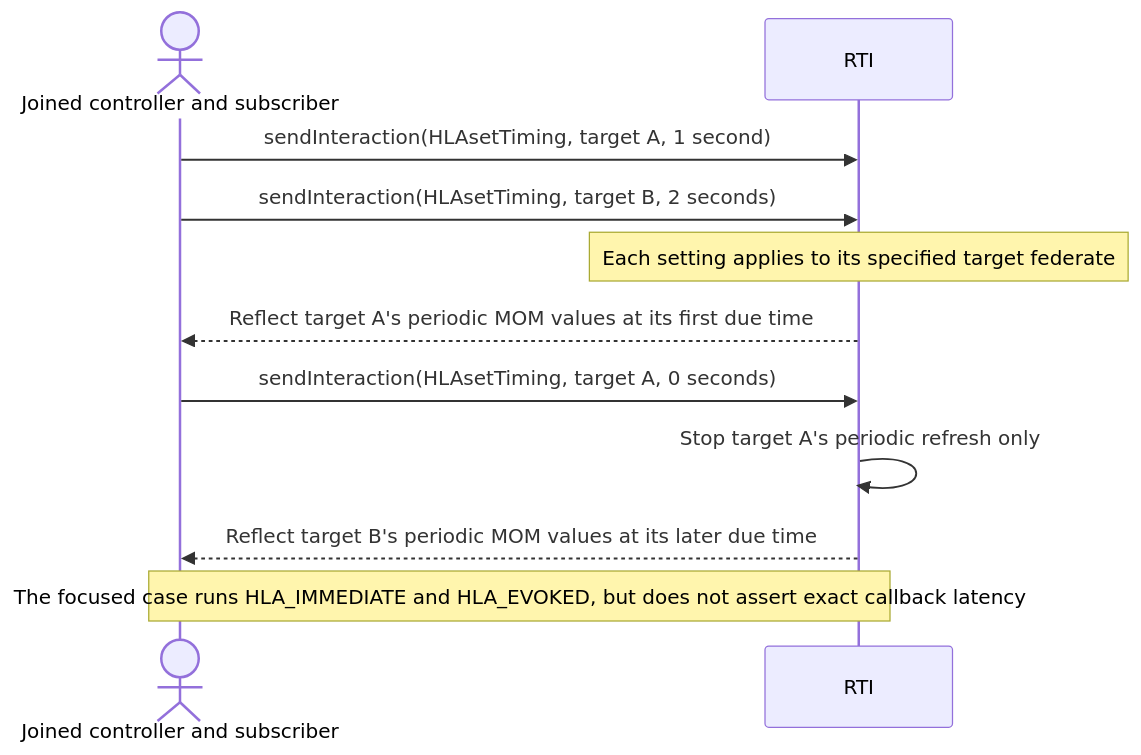
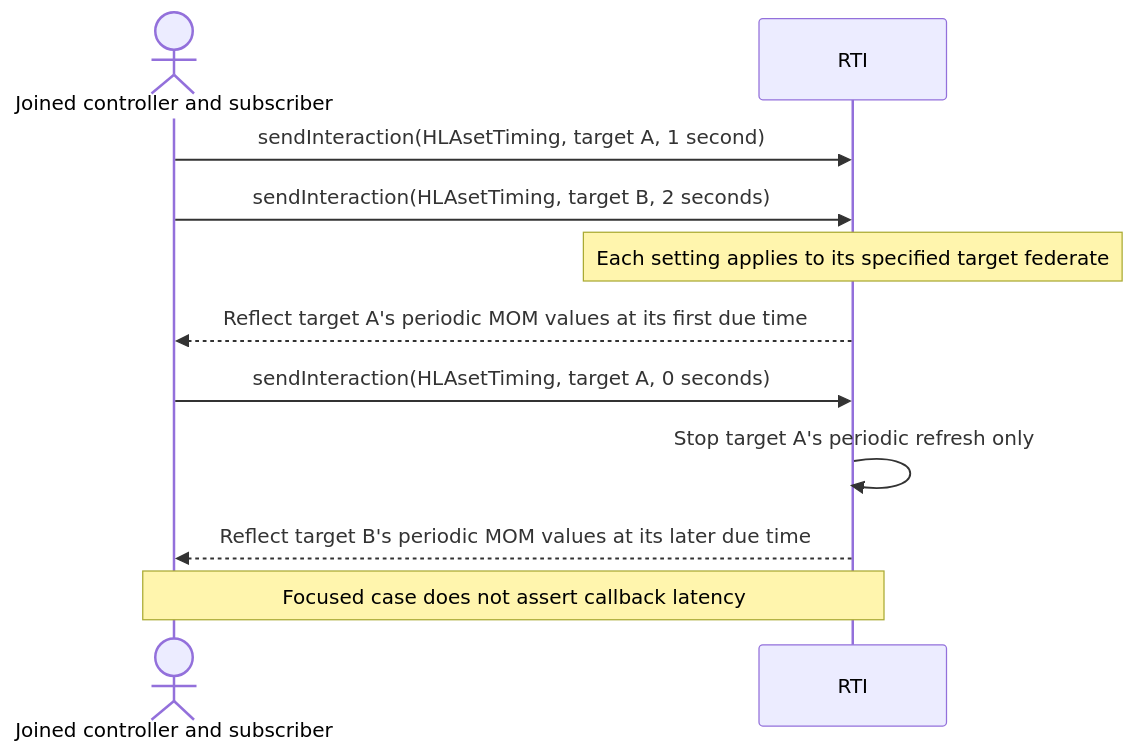
One commit to sheepfling/umbra changed the seventh of 15 diagrams in docs/design/HLA-2025-JOINED-FEDERATE-MOM-OBJECT-LIFECYCLE-FLOW-GUIDE.md. Above: the diagram before and after it, drawn with Mermaid. The commit also changed other lines of this file and 39 other files, not shown here.

Commit message:
Document IEEE 1516.1-2025 behavior flows

````diff
--- a/docs/design/HLA-2025-JOINED-FEDERATE-MOM-OBJECT-LIFECYCLE-FLOW-GUIDE.md
+++ b/docs/design/HLA-2025-JOINED-FEDERATE-MOM-OBJECT-LIFECYCLE-FLOW-GUIDE.md
@@ -233,14 +419,14 @@
 ```mermaid
 sequenceDiagram
   actor Observer as Joined controller and subscriber
   participant RTI
 
   Observer->>RTI: sendInteraction(HLAsetTiming, target A, 1 second)
   Observer->>RTI: sendInteraction(HLAsetTiming, target B, 2 seconds)
   Note over RTI: Each setting applies to its specified target federate
   RTI-->>Observer: Reflect target A's periodic MOM values at its first due time
   Observer->>RTI: sendInteraction(HLAsetTiming, target A, 0 seconds)
   RTI->>RTI: Stop target A's periodic refresh only
   RTI-->>Observer: Reflect target B's periodic MOM values at its later due time
-  Note over Observer,RTI: The focused case runs HLA_IMMEDIATE and HLA_EVOKED, but does not assert exact callback latency
+  Note over Observer,RTI: Focused case does not assert callback latency
 ```
````
